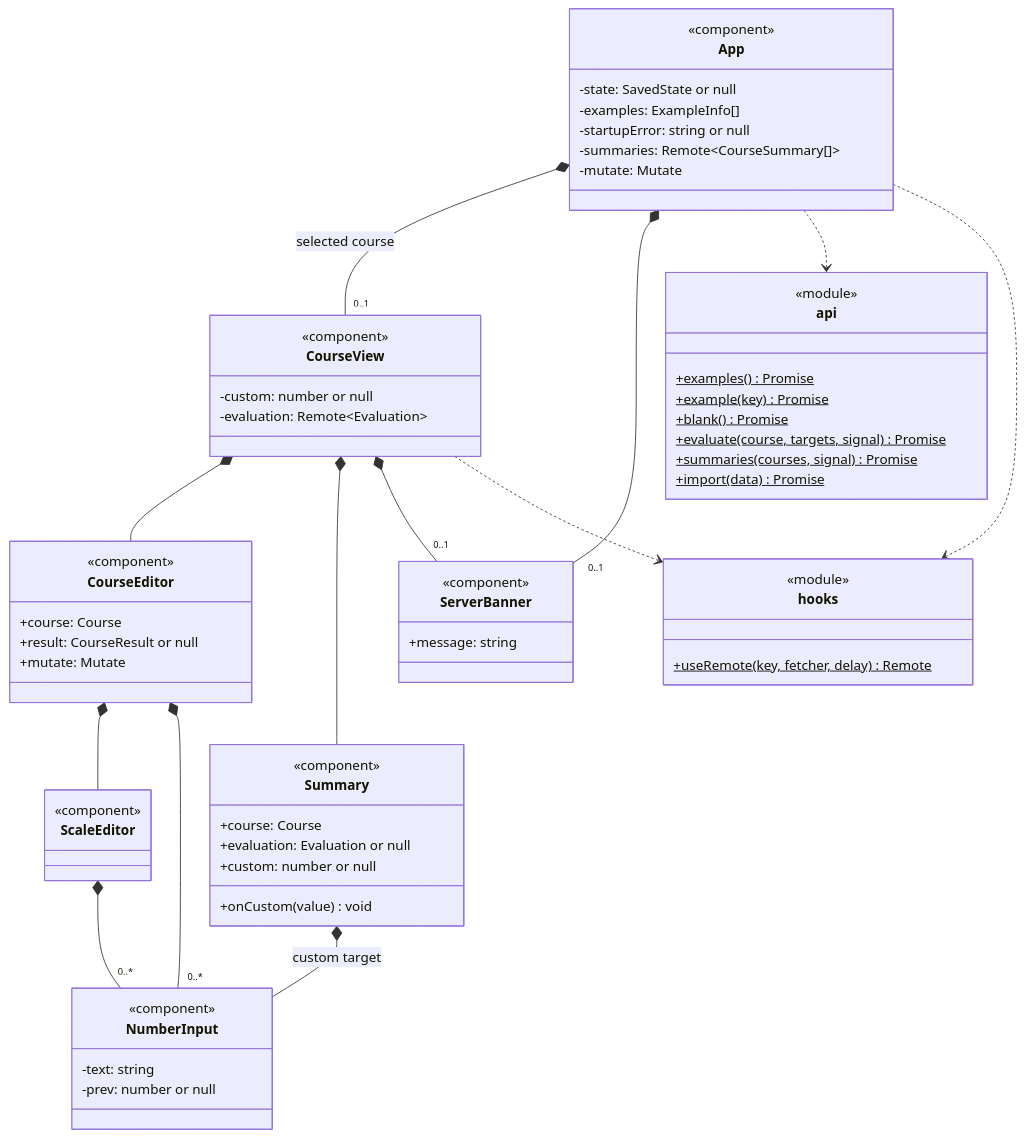
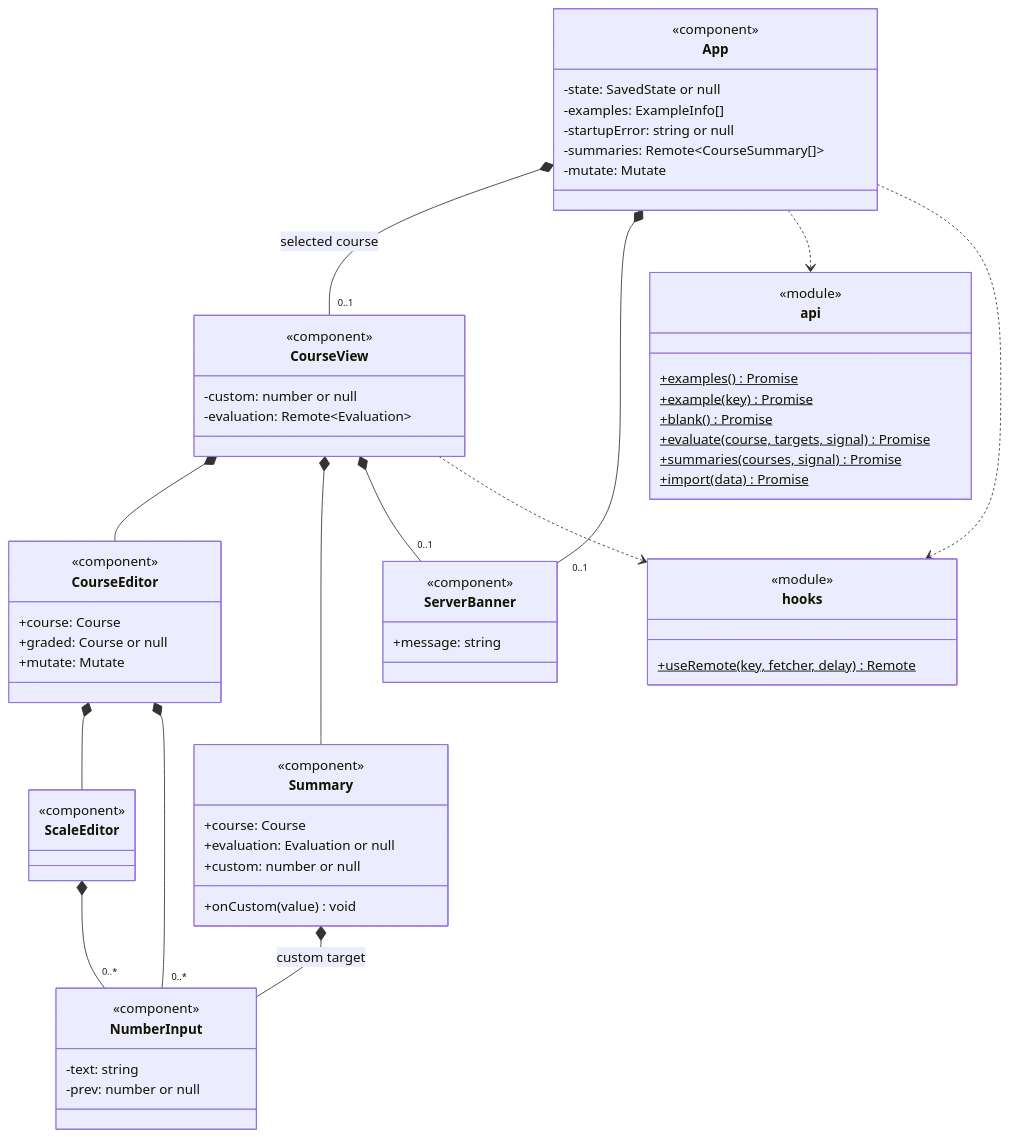
The eighth of 8 diagrams in docs/uml.md (Patman1O1/grade-calculator), drawn with Mermaid before and after one commit. The commit also changed other lines of this file and 11 other files, not shown here.

First line of the commit message:
Merge result types into Course, Category and Item

````diff
--- a/docs/uml.md
+++ b/docs/uml.md
@@ -338,67 +326,67 @@
 ```mermaid
 classDiagram
   direction TB
   class App {
     <<component>>
     -state: SavedState or null
     -examples: ExampleInfo[]
     -startupError: string or null
     -summaries: Remote~CourseSummary[]~
     -mutate: Mutate
   }
   class CourseView {
     <<component>>
     -custom: number or null
     -evaluation: Remote~Evaluation~
   }
   class CourseEditor {
     <<component>>
     +course: Course
-    +result: CourseResult or null
+    +graded: Course or null
     +mutate: Mutate
   }
   class ScaleEditor {
     <<component>>
   }
   class Summary {
     <<component>>
     +course: Course
     +evaluation: Evaluation or null
     +custom: number or null
     +onCustom(value) void
   }
   class NumberInput {
     <<component>>
     -text: string
     -prev: number or null
   }
   class ServerBanner {
     <<component>>
     +message: string
   }
   class api {
     <<module>>
     +examples()$ Promise
     +example(key)$ Promise
     +blank()$ Promise
     +evaluate(course, targets, signal)$ Promise
     +summaries(courses, signal)$ Promise
     +import(data)$ Promise
   }
   class hooks {
     <<module>>
     +useRemote(key, fetcher, delay)$ Remote
   }
   App *-- "0..1" CourseView : selected course
   App *-- "0..1" ServerBanner
   CourseView *-- CourseEditor
   CourseView *-- Summary
   CourseView *-- "0..1" ServerBanner
   CourseEditor *-- ScaleEditor
   CourseEditor *-- "0..*" NumberInput
   ScaleEditor *-- "0..*" NumberInput
   Summary *-- NumberInput : custom target
   App ..> api
   App ..> hooks
   CourseView ..> hooks
 ```
````
